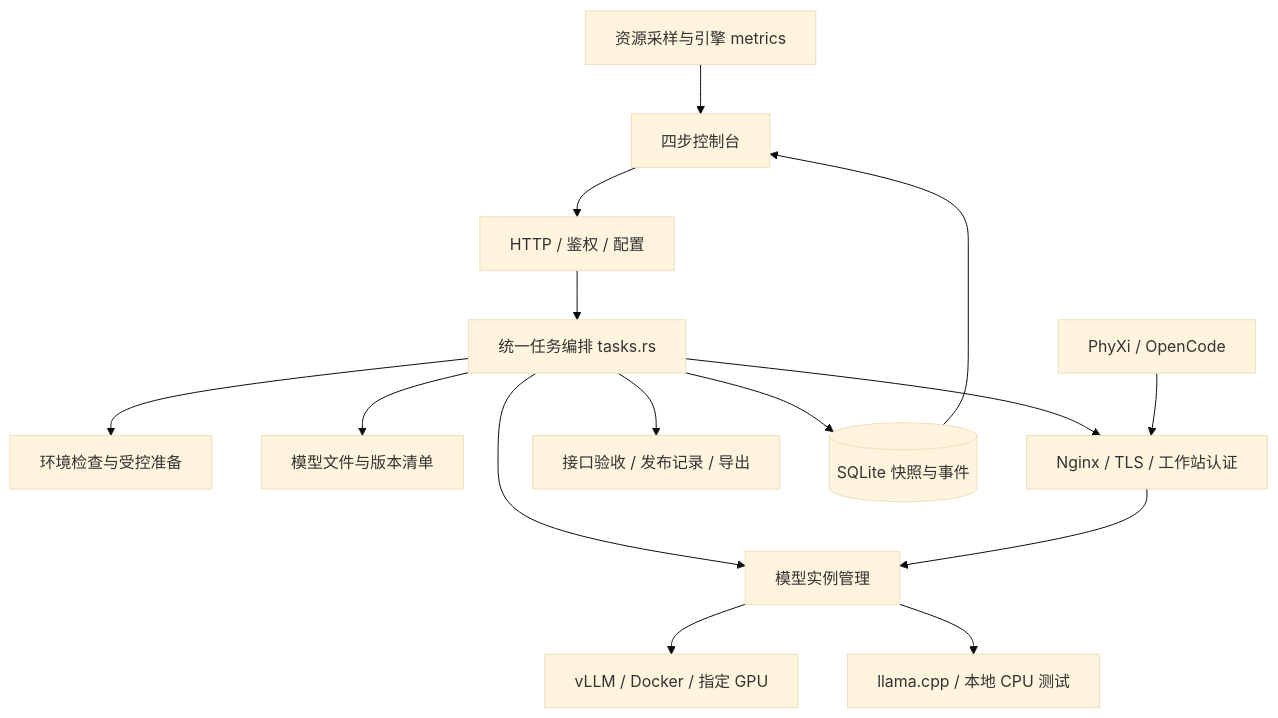
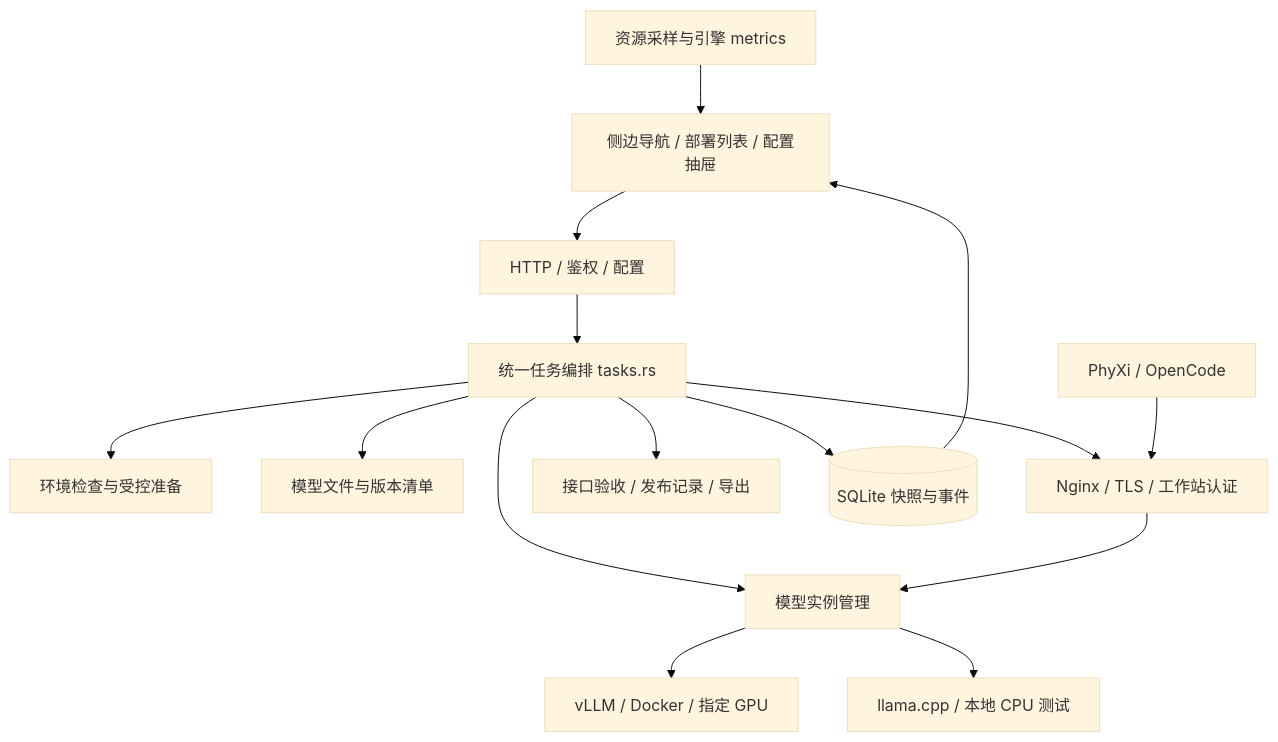
Before and after one commit to BY-Elysia/phyxi-enterprise-deploy: the diagram in docs/architecture.md, drawn with Mermaid (base theme). The commit also changed 5 other files, not shown here.

````diff
--- a/docs/architecture.md
+++ b/docs/architecture.md
@@ -9,17 +9,17 @@
 ```mermaid
 flowchart TB
- UI[四步控制台] --> API[HTTP / 鉴权 / 配置]
+ UI[侧边导航 / 部署列表 / 配置抽屉] --> API[HTTP / 鉴权 / 配置]
  API --> TASK[统一任务编排 tasks.rs]
  TASK --> ENV[环境检查与受控准备]
  TASK --> ART[模型文件与版本清单]
  TASK --> MODEL[模型实例管理]
  MODEL --> V[vLLM / Docker / 指定 GPU]
  MODEL --> L[llama.cpp / 本地 CPU 测试]
  TASK --> GW[Nginx / TLS / 工作站认证]
  TASK --> VERIFY[接口验收 / 发布记录 / 导出]
  TASK --> DB[(SQLite 快照与事件)]
  DB --> UI
  OBS[资源采样与引擎 metrics] --> UI
  CLIENT[PhyXi / OpenCode] --> GW
  GW --> MODEL
 ```
````
